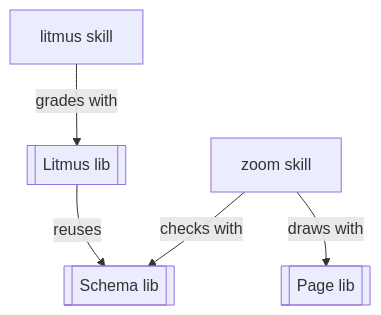
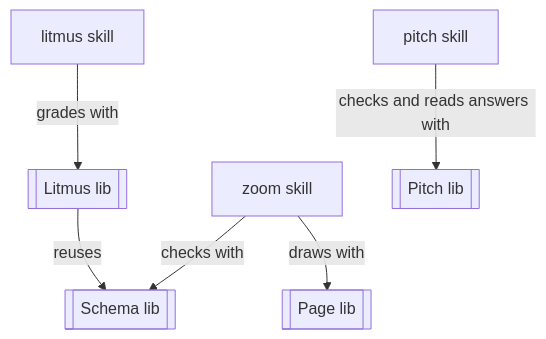
One commit to kalaluthien/mumu-claude-plugin changed the second of 3 diagrams in README.md. Above: the diagram before and after it, drawn with Mermaid. The commit also changed other lines of this file and 27 other files, not shown here.

First line of the commit message:
Add pitch skill for answered plans (#866)

````diff
--- a/README.md
+++ b/README.md
@@ -111,12 +111,15 @@
 ```mermaid
 flowchart TB
   n_zoom["zoom skill"]
   n_litmus["litmus skill"]
   n_schema[["Schema lib"]]
   n_page[["Page lib"]]
   n_spec[["Litmus lib"]]
+  n_pitch["pitch skill"]
+  n_plan[["Pitch lib"]]
   n_zoom -->|"checks with"| n_schema
   n_zoom -->|"draws with"| n_page
   n_litmus -->|"grades with"| n_spec
   n_spec -->|"reuses"| n_schema
+  n_pitch -->|"checks and reads answers with"| n_plan
 ```
````
